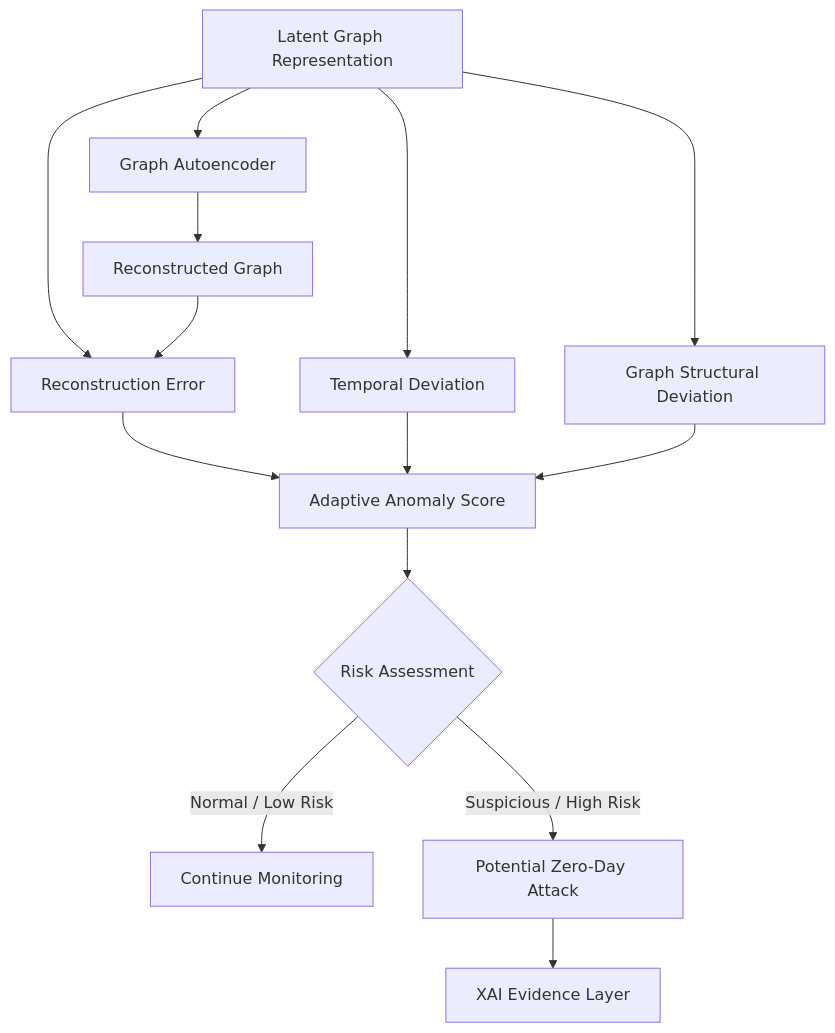
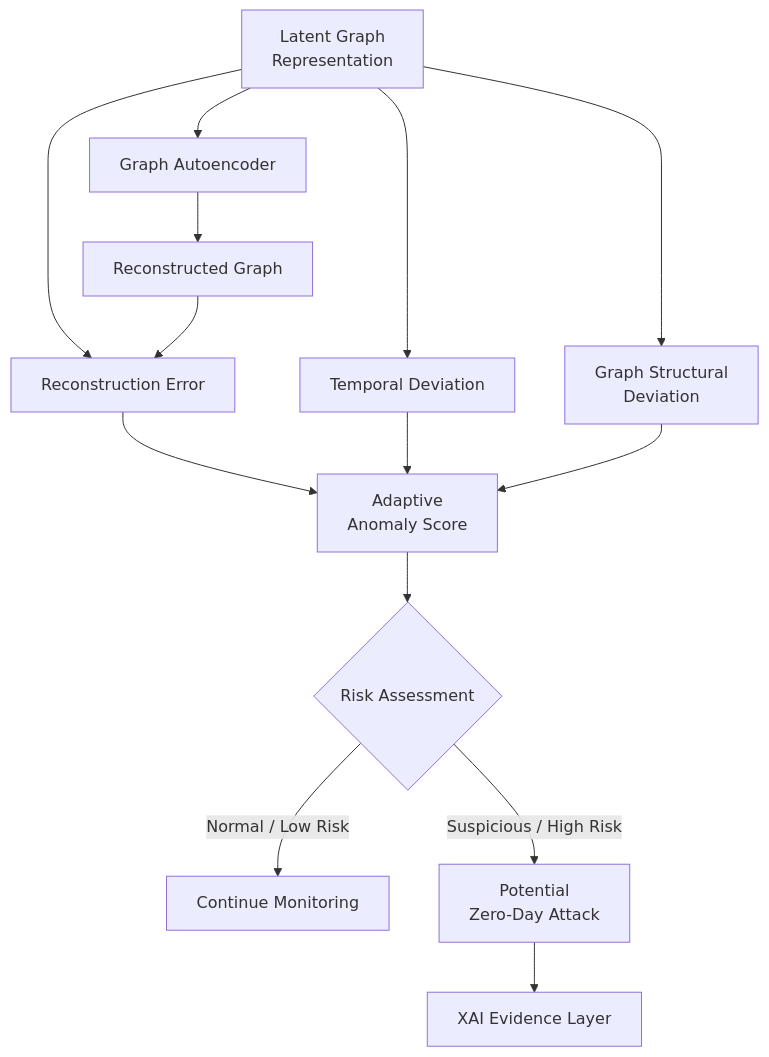
One commit to Etrlnx/Vaahan changed the diagram in attack-detection/README.md. Above: the diagram before and after it, drawn with Mermaid.

Commit message:
docs(attack-detection): wrap long mermaid labels

````diff
--- a/attack-detection/README.md
+++ b/attack-detection/README.md
@@ -58,24 +58,24 @@
 ```mermaid
 graph TD
 
-    A[Latent Graph Representation] --> B[Graph Autoencoder]
+    A["Latent Graph<br/>Representation"] --> B[Graph Autoencoder]
 
     B --> C[Reconstructed Graph]
 
     A --> D[Reconstruction Error]
     C --> D
 
     A --> E[Temporal Deviation]
-    A --> F[Graph Structural Deviation]
+    A --> F["Graph Structural<br/>Deviation"]
 
-    D --> G[Adaptive Anomaly Score]
+    D --> G["Adaptive<br/>Anomaly Score"]
     E --> G
     F --> G
 
     G --> H{Risk Assessment}
 
     H -->|Normal / Low Risk| I[Continue Monitoring]
-    H -->|Suspicious / High Risk| J[Potential Zero-Day Attack]
+    H -->|Suspicious / High Risk| J["Potential<br/>Zero-Day Attack"]
 
     J --> K[XAI Evidence Layer]
 ```
````
